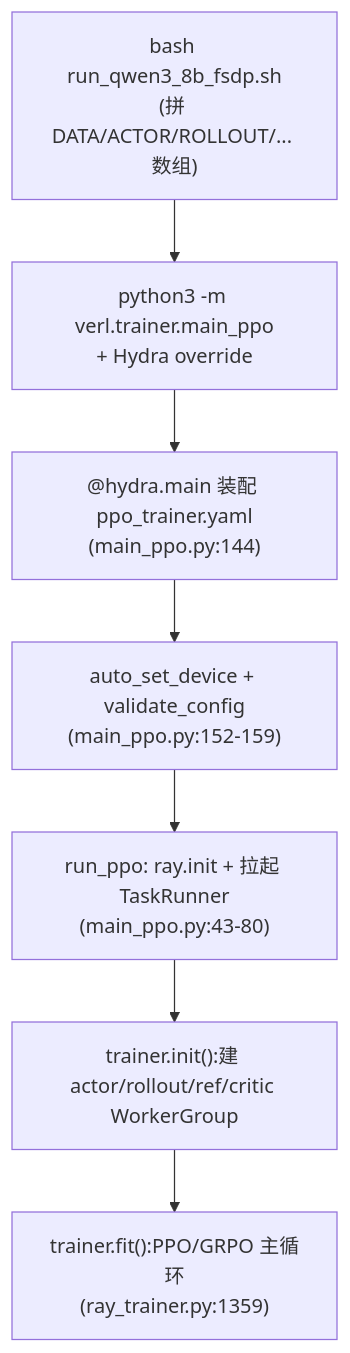
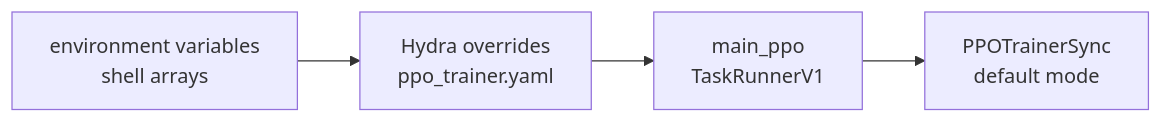
The first of 2 diagrams in wiki/02_engineering/04_posttrain_frameworks/verl/02_verl_quickstart_guide.md (suhaibo666/llm-knowledge), drawn with Mermaid before and after one commit. The commit also changed other lines of this file and 19 other files, not shown here.

Commit message:
docs(verl): refresh V1 async and weight sync analysis

````diff
--- a/wiki/02_engineering/04_posttrain_frameworks/verl/02_verl_quickstart_guide.md
+++ b/wiki/02_engineering/04_posttrain_frameworks/verl/02_verl_quickstart_guide.md
@@ -166,9 +80,6 @@
 ```mermaid
-flowchart TD
-    A["bash run_qwen3_8b_fsdp.sh<br/>(拼 DATA/ACTOR/ROLLOUT/... 数组)"] --> B["python3 -m verl.trainer.main_ppo<br/>+ Hydra override"]
-    B --> C["@hydra.main 装配 ppo_trainer.yaml<br/>(main_ppo.py:144)"]
-    C --> D["auto_set_device + validate_config<br/>(main_ppo.py:152-159)"]
-    D --> E["run_ppo: ray.init + 拉起 TaskRunner<br/>(main_ppo.py:43-80)"]
-    E --> F["trainer.init():建 actor/rollout/ref/critic WorkerGroup"]
-    F --> G["trainer.fit():PPO/GRPO 主循环<br/>(ray_trainer.py:1359)"]
+flowchart LR
+    A["environment variables<br/>shell arrays"] --> B["Hydra overrides<br/>ppo_trainer.yaml"]
+    B --> C["main_ppo<br/>TaskRunnerV1"]
+    C --> D["PPOTrainerSync<br/>default mode"]
 ```
````
